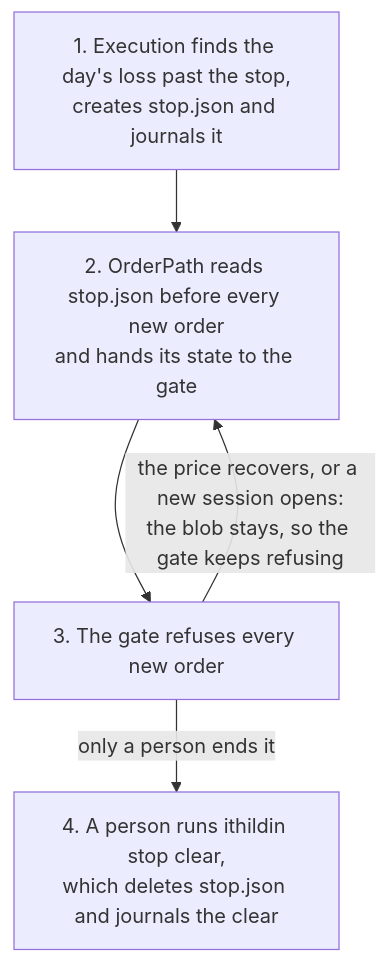
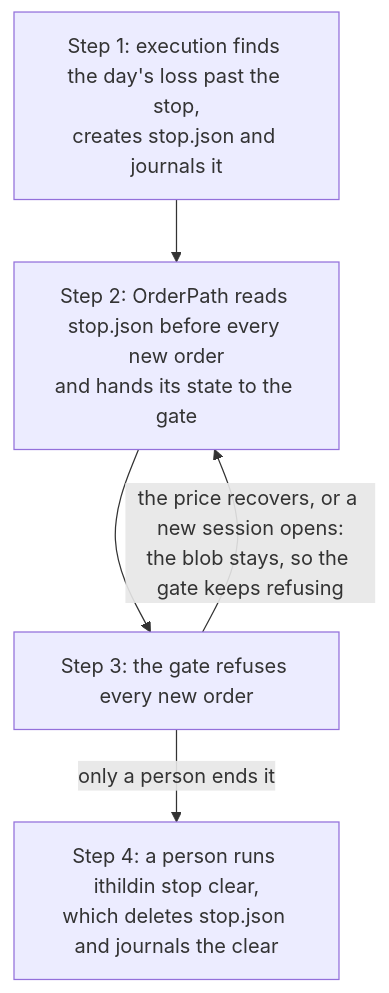
One commit to l3a0/ithildin-runtime changed diagram 24 of 35 in docs/architecture.md. Above: the diagram before and after it, drawn with Mermaid.

Commit message:
docs: stop the loss stop diagram's labels parsing as lists

````diff
--- a/docs/architecture.md
+++ b/docs/architecture.md
@@ -1358,11 +1358,11 @@
 ```mermaid
 flowchart TD
-    fire["1. Execution finds the day's loss past the stop,<br/>creates stop.json and journals it"]
-    read["2. OrderPath reads stop.json before every new order<br/>and hands its state to the gate"]
-    refuse["3. The gate refuses every new order"]
-    clear["4. A person runs ithildin stop clear,<br/>which deletes stop.json and journals the clear"]
+    fire["Step 1: execution finds the day's loss past the stop,<br/>creates stop.json and journals it"]
+    read["Step 2: OrderPath reads stop.json before every new order<br/>and hands its state to the gate"]
+    refuse["Step 3: the gate refuses every new order"]
+    clear["Step 4: a person runs ithildin stop clear,<br/>which deletes stop.json and journals the clear"]
     fire --> read
     read --> refuse
     refuse -->|"the price recovers, or a new session opens:<br/>the blob stays, so the gate keeps refusing"| read
     refuse -->|"only a person ends it"| clear
 ```
````
